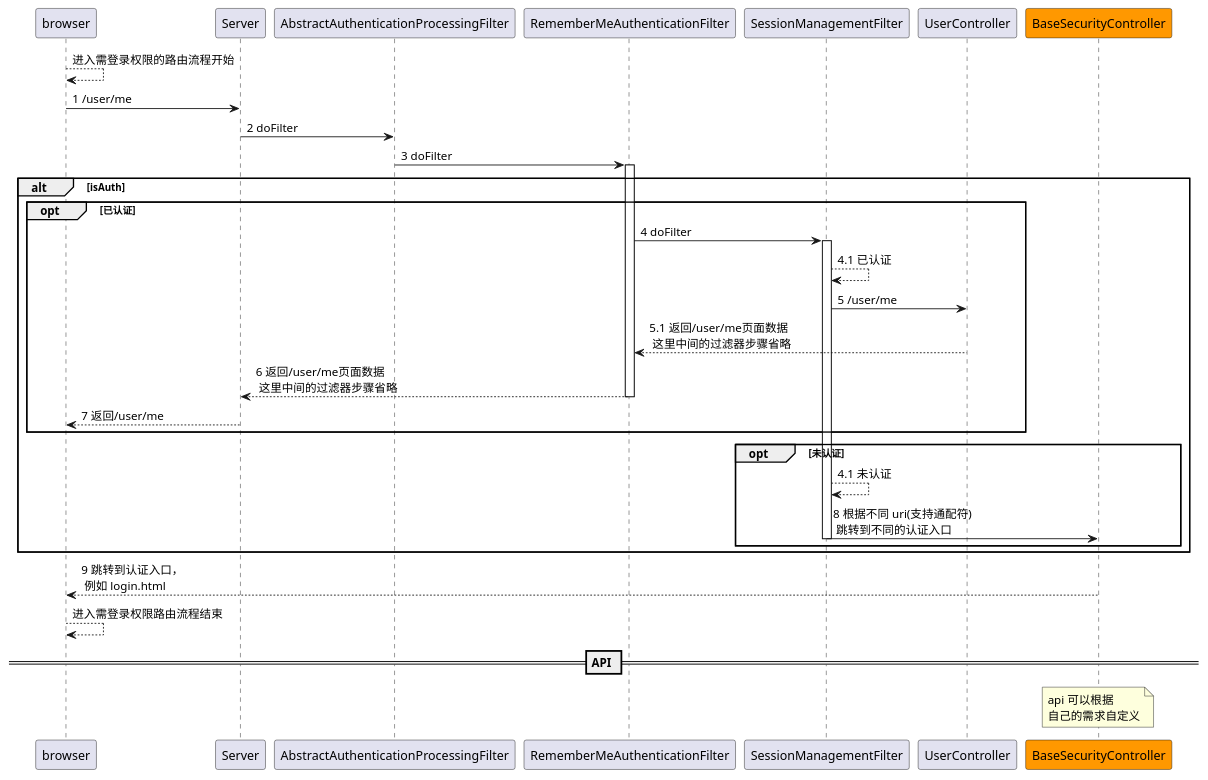
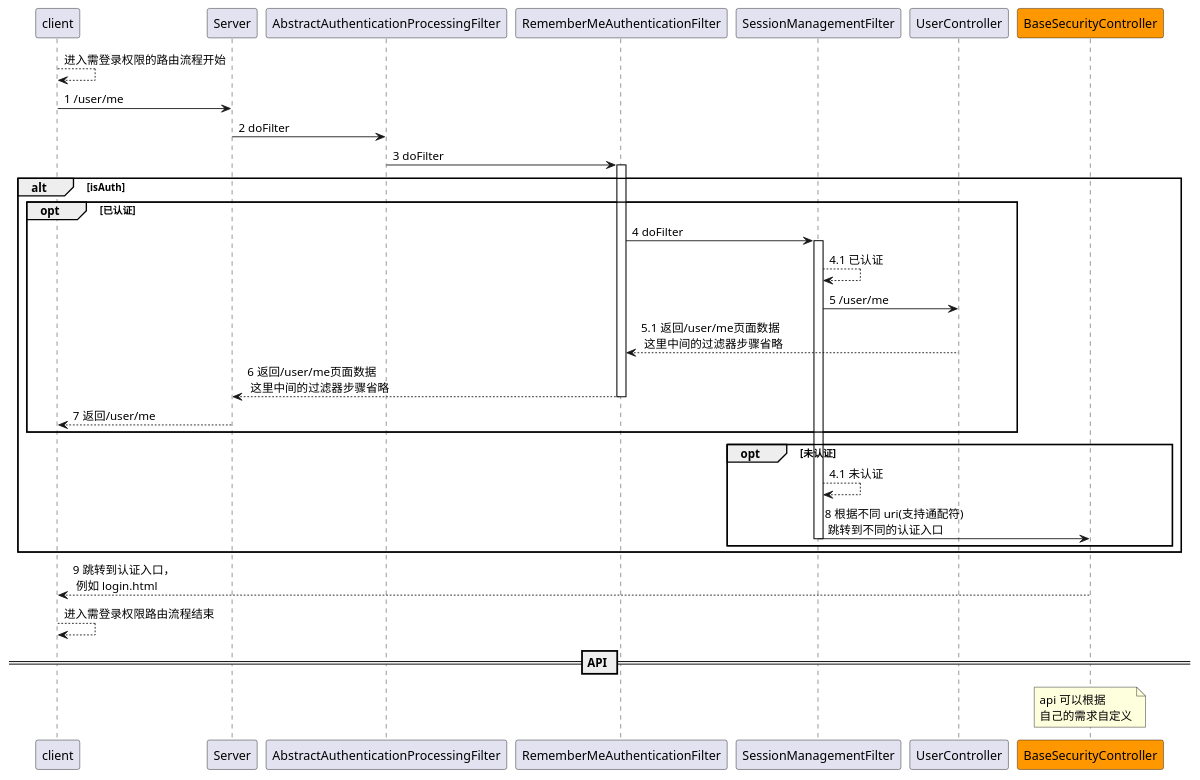
Before and after one commit to ZeroOrInfinity/UMS: the diagram in doc/securityRouter.puml, drawn with PlantUML. The commit also changed 137 other files, not shown here.

```diff
--- a/doc/securityRouter.puml
+++ b/doc/securityRouter.puml
@@ -1,36 +1,36 @@
 @startuml
 
-browser --> browser: 进入需登录权限的路由流程开始
+client --> client: 进入需登录权限的路由流程开始
 
-browser -> Server: 1 /user/me
+client -> Server: 1 /user/me
 Server -> AbstractAuthenticationProcessingFilter: 2 doFilter
 AbstractAuthenticationProcessingFilter -> RememberMeAuthenticationFilter: 3 doFilter
 alt isAuth
 opt 已认证
 activate RememberMeAuthenticationFilter
 RememberMeAuthenticationFilter -> SessionManagementFilter: 4 doFilter
 activate SessionManagementFilter
 SessionManagementFilter --> SessionManagementFilter: 4.1 已认证
 SessionManagementFilter -> UserController: 5 /user/me
 UserController --> RememberMeAuthenticationFilter: 5.1 返回/user/me页面数据\n 这里中间的过滤器步骤省略
 RememberMeAuthenticationFilter --> Server: 6 返回/user/me页面数据\n 这里中间的过滤器步骤省略
 deactivate RememberMeAuthenticationFilter
-Server --> browser: 7 返回/user/me
+Server --> client: 7 返回/user/me
 end
 opt 未认证
 SessionManagementFilter --> SessionManagementFilter: 4.1 未认证
 participant BaseSecurityController #ff9800
 SessionManagementFilter -> BaseSecurityController: 8 根据不同 uri(支持通配符)\n 跳转到不同的认证入口
 deactivate SessionManagementFilter
 end
 end
-BaseSecurityController --> browser: 9 跳转到认证入口，\n 例如 login.html
-browser --> browser: 进入需登录权限路由流程结束
+BaseSecurityController --> client: 9 跳转到认证入口，\n 例如 login.html
+client --> client: 进入需登录权限路由流程结束
 
 == API ==
 note over BaseSecurityController: api 可以根据\n自己的需求自定义
 
 
 
 
 @enduml
```
